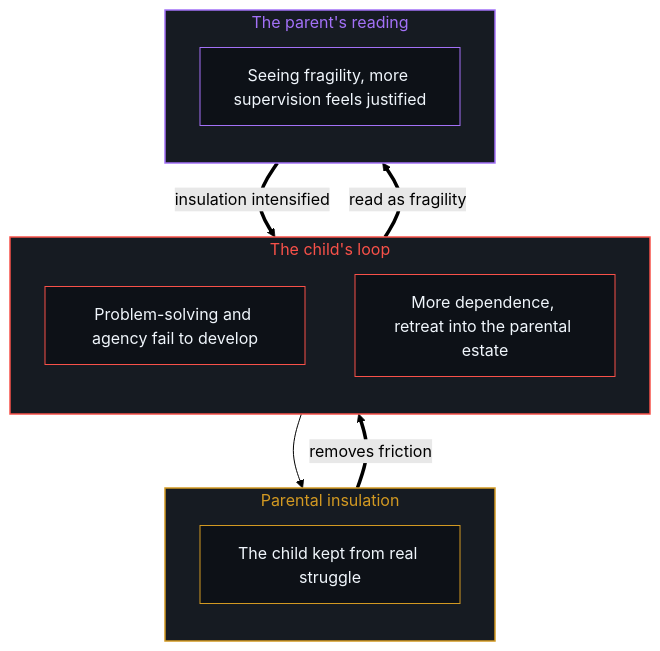
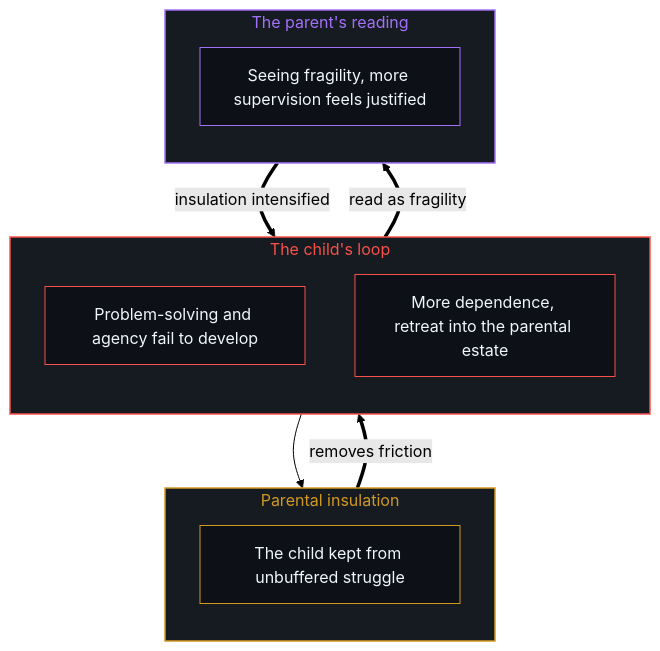
Before and after one commit to powerpig99/not-a-toe: the second of 2 diagrams in content/posts/the-fallacy-of-post-success-parenting.md, drawn with Mermaid (forest theme). The commit also changed other lines of this file and 10 other files, not shown here.

````diff
--- a/content/posts/the-fallacy-of-post-success-parenting.md
+++ b/content/posts/the-fallacy-of-post-success-parenting.md
@@ -83,27 +83,27 @@
 ```mermaid
 flowchart TD
     subgraph S_Insulate["Parental insulation"]
         direction TB
-        P1["The child kept from real struggle"]
+        P1["The child kept from unbuffered struggle"]
     end
     subgraph S_Child["The child's loop"]
         direction TB
         C1["Problem-solving and agency fail to develop"]
         C2["More dependence, retreat into the parental estate"]
     end
     subgraph S_Parent["The parent's reading"]
         direction TB
         R1["Seeing fragility, more supervision feels justified"]
     end
     P1 ==>|"removes friction"| C1
     C1 ==>|"read as fragility"| R1
     R1 ==>|"insulation intensified"| C2
     C2 --> P1
     style S_Insulate fill:#161b22,stroke:#d29922,stroke-width:1.5px,color:#d29922
     style S_Child fill:#161b22,stroke:#f85149,stroke-width:1.5px,color:#f85149
     style S_Parent fill:#161b22,stroke:#a371f7,stroke-width:1.5px,color:#a371f7
     style P1 fill:#0d1117,stroke:#d29922,stroke-width:1px,color:#f0f6fc
     style C1 fill:#0d1117,stroke:#f85149,stroke-width:1px,color:#f0f6fc
     style C2 fill:#0d1117,stroke:#f85149,stroke-width:1px,color:#f0f6fc
     style R1 fill:#0d1117,stroke:#a371f7,stroke-width:1px,color:#f0f6fc
 ```
````
